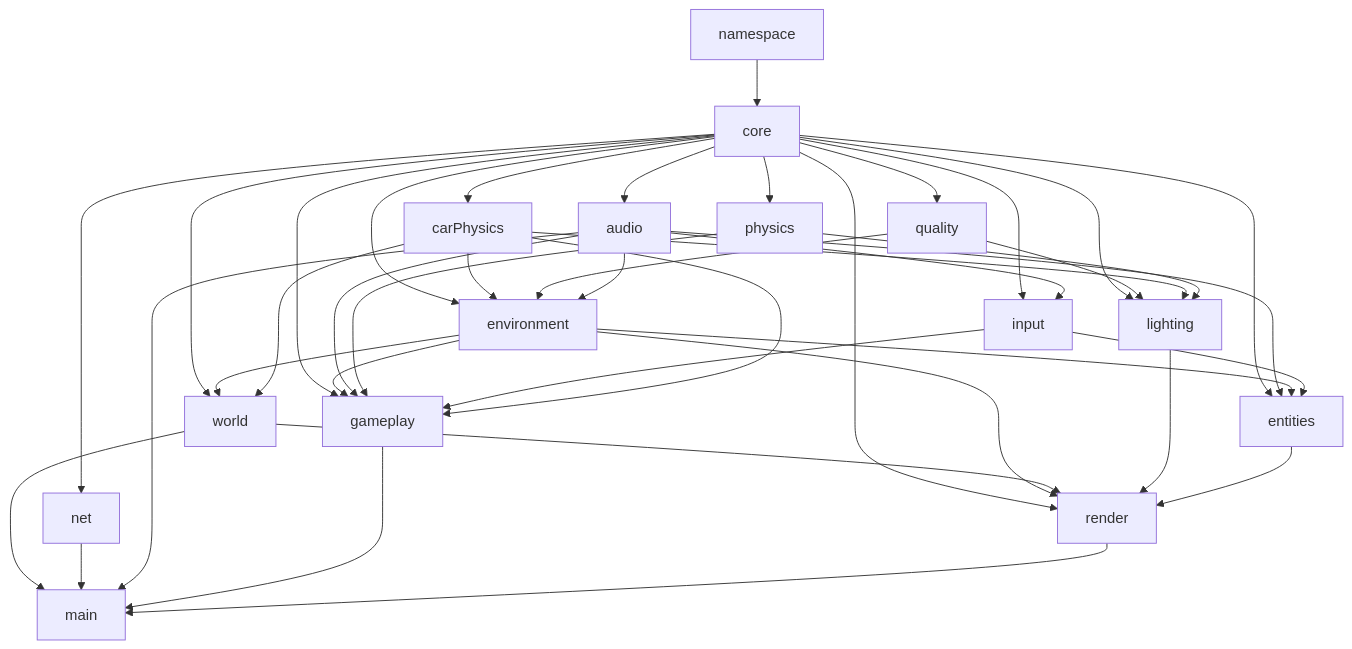
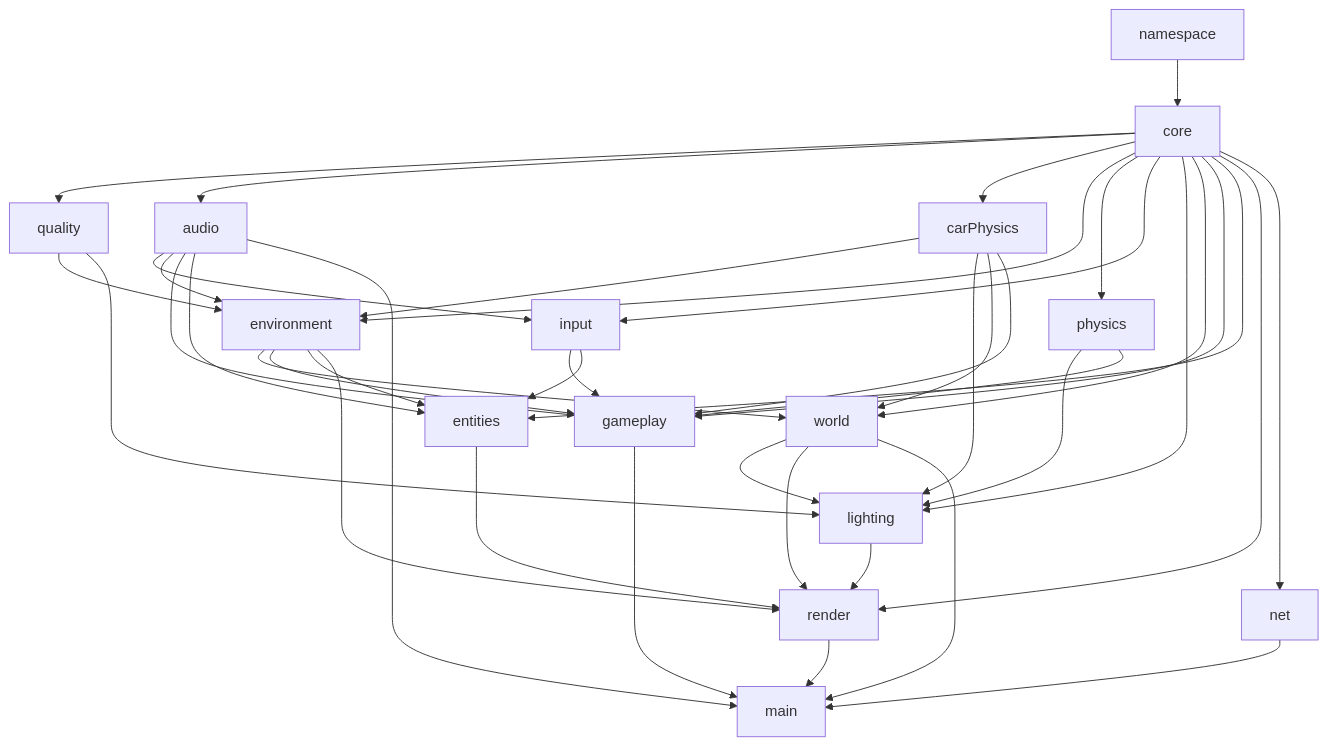
The diagram in docs/architecture.md (dinoel/zombie-delivery), drawn with Mermaid before and after one commit. The commit also changed 8 other files, not shown here.

````diff
--- a/docs/architecture.md
+++ b/docs/architecture.md
@@ -7,42 +7,43 @@
 ```mermaid
 flowchart TD
   N["namespace"] --> C["core"]
   C --> Q["quality"]
   C --> A["audio"]
   C --> D["carPhysics"]
   C --> E["environment"]
   D --> E
   Q --> E
   C --> P["physics"]
   C --> I["input"]
   A --> I
   C --> L["lighting"]
   Q --> L
   D --> L
   P --> L
+  W --> L
   C --> W["world"]
   E --> W
   D --> W
   A --> E
   C --> G["gameplay"]
   E --> G
   A --> G
   P --> G
   I --> G
   D --> G
   C --> X["entities"]
   A --> X
   E --> X
   I --> X
   C --> R["render"]
   E --> R
   W --> R
   L --> R
   X --> R
   C --> NT["net"]
   W --> M["main"]
   NT --> M
   A --> M
   G --> M
   R --> M
 ```
````
